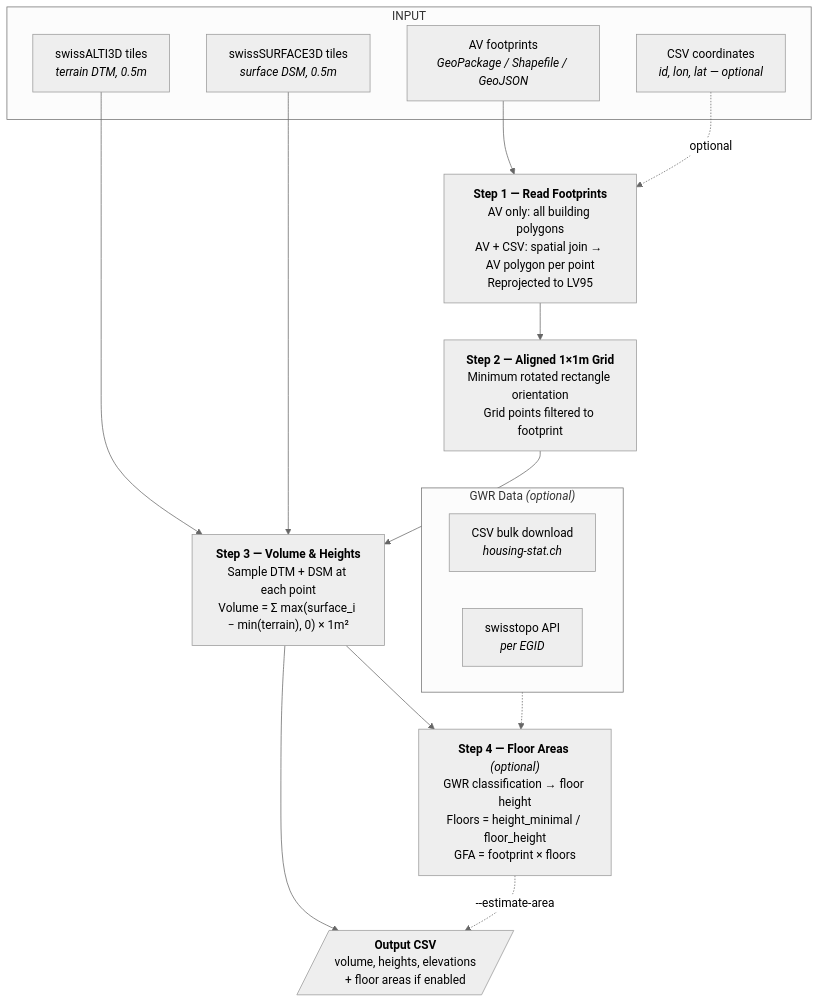
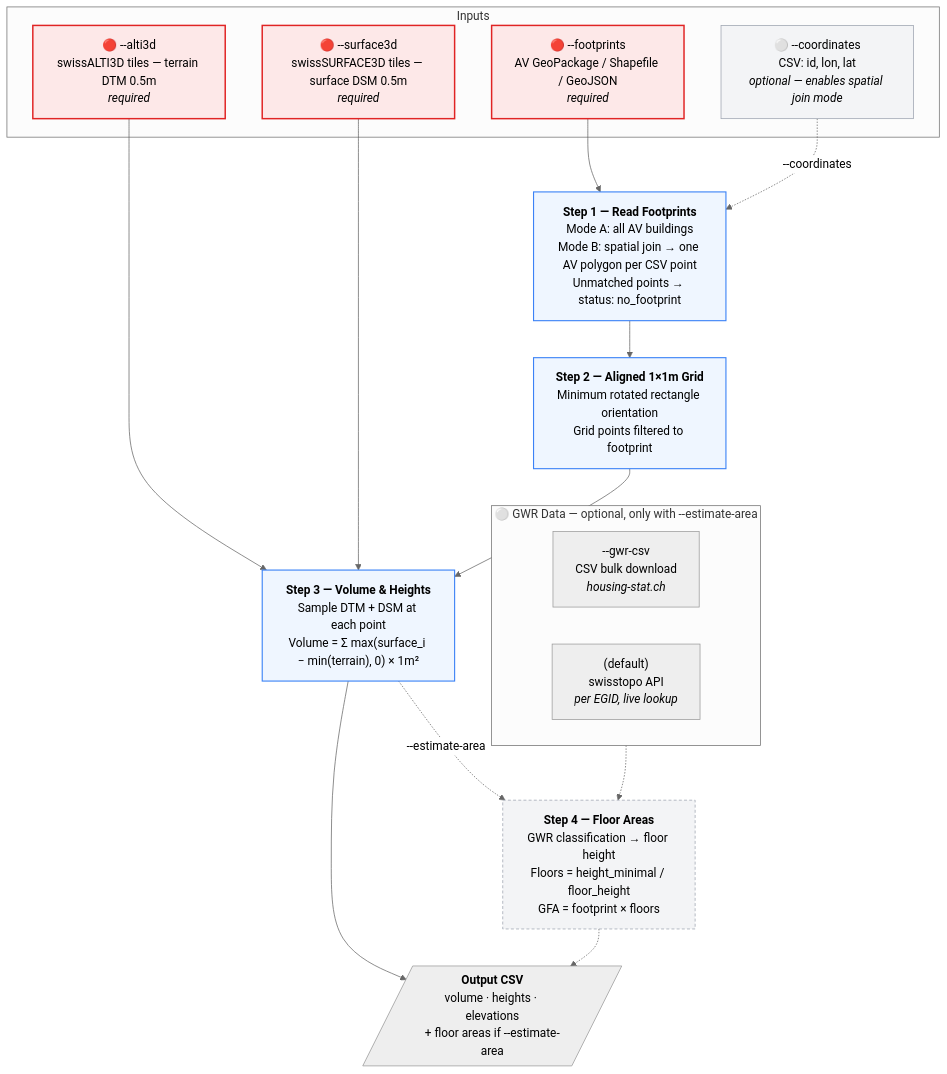
The diagram in README.md (bbl-dres/area-estimator), drawn with Mermaid (neutral theme) before and after one commit.

````diff
--- a/README.md
+++ b/README.md
@@ -24,33 +24,43 @@
 ```mermaid
 flowchart TD
-    subgraph INPUT
-        A1A[AV footprints<br><i>GeoPackage / Shapefile / GeoJSON</i>]
-        A1B[CSV coordinates<br><i>id, lon, lat — optional</i>]
-        A2[swissALTI3D tiles<br><i>terrain DTM, 0.5m</i>]
-        A3[swissSURFACE3D tiles<br><i>surface DSM, 0.5m</i>]
+    subgraph INPUT["Inputs"]
+        A1A["🔴 --footprints<br>AV GeoPackage / Shapefile / GeoJSON<br><i>required</i>"]
+        A1B["⚪ --coordinates<br>CSV: id, lon, lat<br><i>optional — enables spatial join mode</i>"]
+        A2["🔴 --alti3d<br>swissALTI3D tiles — terrain DTM 0.5m<br><i>required</i>"]
+        A3["🔴 --surface3d<br>swissSURFACE3D tiles — surface DSM 0.5m<br><i>required</i>"]
     end
 
     A1A --> S1
-    A1B -.->|optional| S1
+    A1B -.->|"--coordinates"| S1
     A2 --> S3
     A3 --> S3
 
-    S1["<b>Step 1 — Read Footprints</b><br>AV only: all building polygons<br>AV + CSV: spatial join → AV polygon per point<br>Reprojected to LV95"]
+    S1["<b>Step 1 — Read Footprints</b><br>Mode A: all AV buildings<br>Mode B: spatial join → one AV polygon per CSV point<br>Unmatched points → status: no_footprint"]
     S2["<b>Step 2 — Aligned 1×1m Grid</b><br>Minimum rotated rectangle orientation<br>Grid points filtered to footprint"]
     S3["<b>Step 3 — Volume & Heights</b><br>Sample DTM + DSM at each point<br>Volume = Σ max(surface_i − min(terrain), 0) × 1m²"]
-    S4["<b>Step 4 — Floor Areas</b> <i>(optional)</i><br>GWR classification → floor height<br>Floors = height_minimal / floor_height<br>GFA = footprint × floors"]
+    S4["<b>Step 4 — Floor Areas</b><br>GWR classification → floor height<br>Floors = height_minimal / floor_height<br>GFA = footprint × floors"]
 
-    S1 --> S2 --> S3 --> S4
+    S1 --> S2 --> S3
+    S3 --> OUT
+    S3 -.->|"--estimate-area"| S4
+    S4 -.-> OUT
 
-    S3 --> OUT
-    S4 -.->|--estimate-area| OUT
+    OUT[/"<b>Output CSV</b><br>volume · heights · elevations<br>+ floor areas if --estimate-area"/]
 
-    OUT[/"<b>Output CSV</b><br>volume, heights, elevations<br>+ floor areas if enabled"/]
-
-    subgraph GWR["GWR Data <i>(optional)</i>"]
-        G1[CSV bulk download<br><i>housing-stat.ch</i>]
-        G2[swisstopo API<br><i>per EGID</i>]
+    subgraph GWR["⚪ GWR Data — optional, only with --estimate-area"]
+        G1["--gwr-csv<br>CSV bulk download<br><i>housing-stat.ch</i>"]
+        G2["(default)<br>swisstopo API<br><i>per EGID, live lookup</i>"]
     end
 
     GWR -.-> S4
+
+    classDef required fill:#fde8e8,stroke:#e02424,stroke-width:2px
+    classDef optional fill:#f3f4f6,stroke:#9ca3af,stroke-width:1px
+    classDef step fill:#eff6ff,stroke:#3b82f6,stroke-width:1.5px
+    classDef optionalStep fill:#f3f4f6,stroke:#9ca3af,stroke-width:1px,stroke-dasharray:4 3
+
+    class A1A,A2,A3 required
+    class A1B optional
+    class S1,S2,S3 step
+    class S4 optionalStep
 ```
````
